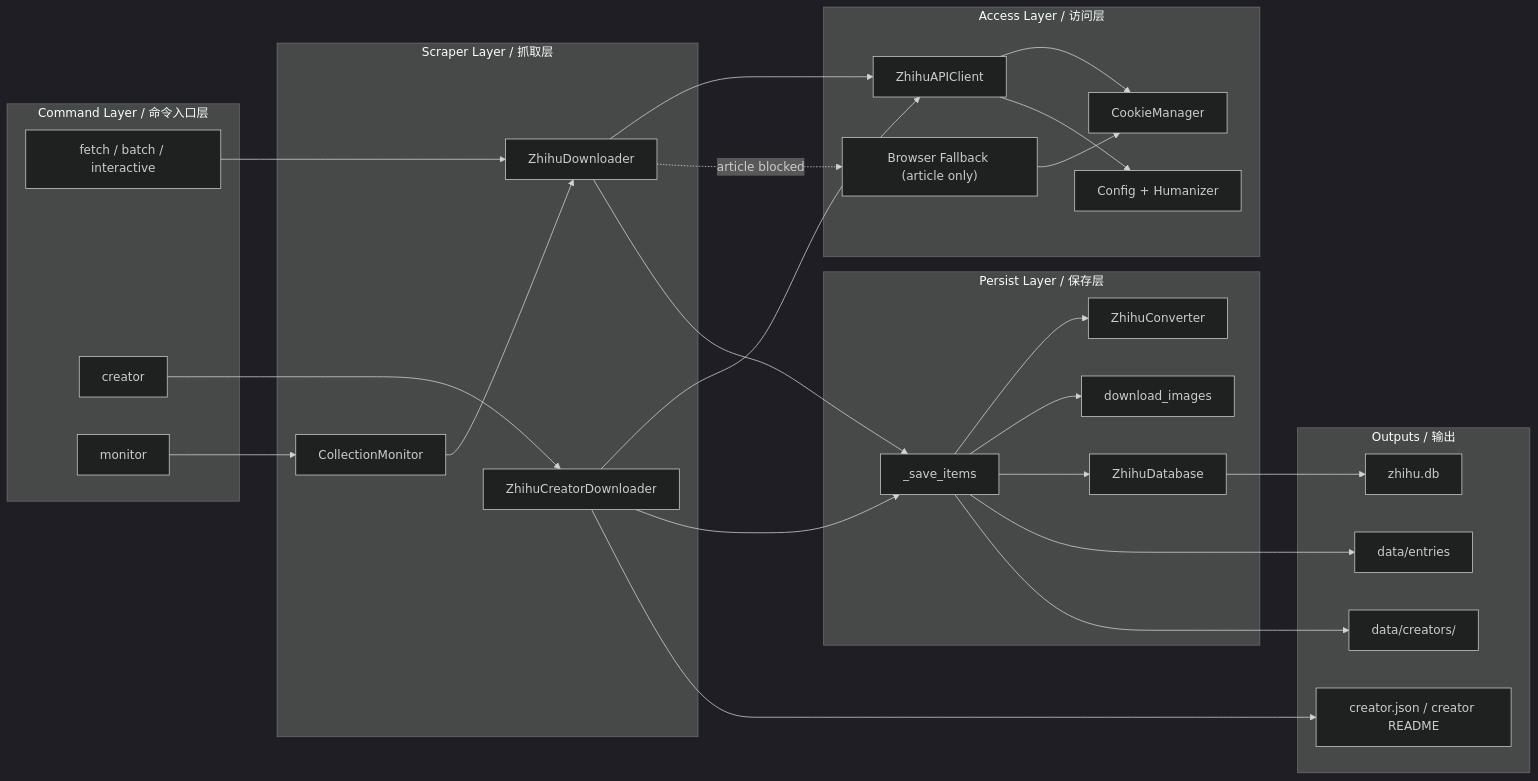
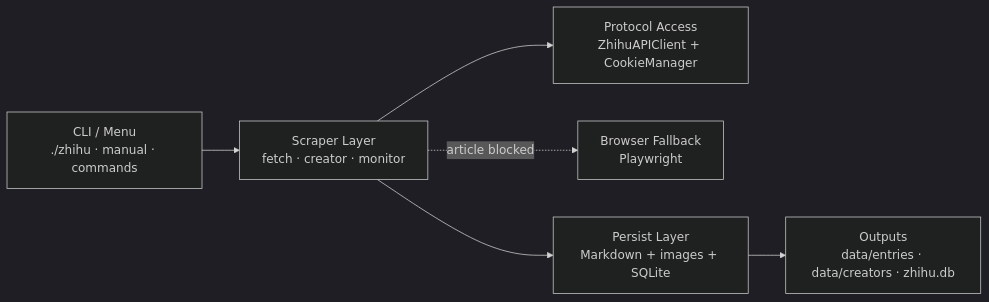
The diagram in README.md (yuchenzhu-research/zhihu-scraper), drawn with Mermaid (dark theme) before and after one commit. The commit also changed other lines of this file and 1 other file, not shown here.

````diff
--- a/README.md
+++ b/README.md
@@ -318,55 +275,8 @@
 ```mermaid
 flowchart LR
-    subgraph A["Command Layer / 命令入口层"]
-        A1["fetch / batch / interactive"]
-        A2["creator"]
-        A3["monitor"]
-    end
-
-    subgraph B["Scraper Layer / 抓取层"]
-        B1["ZhihuDownloader"]
-        B2["ZhihuCreatorDownloader"]
-        B3["CollectionMonitor"]
-    end
-
-    subgraph C["Access Layer / 访问层"]
-        C1["ZhihuAPIClient"]
-        C2["Browser Fallback (article only)"]
-        C3["CookieManager"]
-        C4["Config + Humanizer"]
-    end
-
-    subgraph D["Persist Layer / 保存层"]
-        D1["_save_items"]
-        D2["ZhihuConverter"]
-        D3["download_images"]
-        D4["ZhihuDatabase"]
-    end
-
-    subgraph E["Outputs / 输出"]
-        E1["data/entries"]
-        E2["data/creators/<url_token>"]
-        E3["creator.json / creator README"]
-        E4["zhihu.db"]
-    end
-
-    A1 --> B1
-    A2 --> B2
-    A3 --> B3
-    B3 --> B1
-    B1 --> C1
-    B2 --> C1
-    B1 -. article blocked .-> C2
-    C1 --> C3
-    C1 --> C4
-    C2 --> C3
-    B1 --> D1
-    B2 --> D1
-    D1 --> D2
-    D1 --> D3
-    D1 --> D4
-    D1 --> E1
-    D1 --> E2
-    B2 --> E3
-    D4 --> E4
+    A["CLI / Menu<br/>./zhihu · manual · commands"] --> B["Scraper Layer<br/>fetch · creator · monitor"]
+    B --> C["Protocol Access<br/>ZhihuAPIClient + CookieManager"]
+    B -. article blocked .-> D["Browser Fallback<br/>Playwright"]
+    B --> E["Persist Layer<br/>Markdown + images + SQLite"]
+    E --> F["Outputs<br/>data/entries · data/creators · zhihu.db"]
 ```
````
